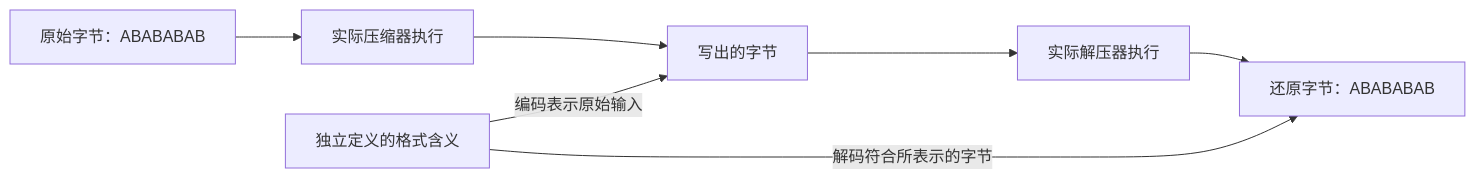
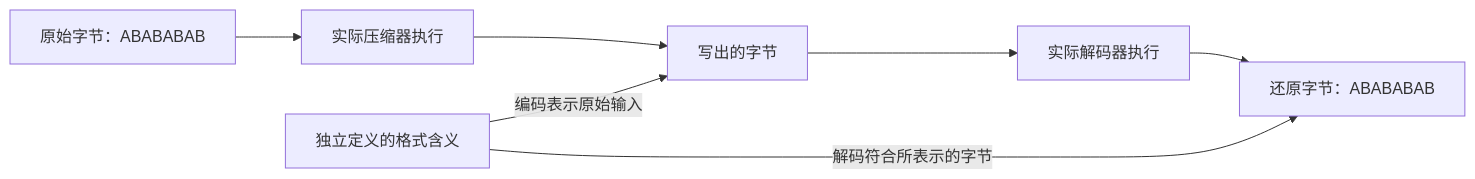
One commit to cla7aye15I4nd/oss-proof changed the second of 2 diagrams in docs/guide/round-trip.zh.md. Above: the diagram before and after it, drawn with Mermaid. The commit also changed other lines of this file and 6 other files, not shown here.

````diff
--- a/docs/guide/round-trip.zh.md
+++ b/docs/guide/round-trip.zh.md
@@ -132,9 +132,9 @@
 ```mermaid
 flowchart LR
     original["原始字节：ABABABAB"] --> compressor["实际压缩器执行"]
     compressor --> encoded["写出的字节"]
-    encoded --> decoder["实际解压器执行"]
+    encoded --> decoder["实际解码器执行"]
     decoder --> recovered["还原字节：ABABABAB"]
     format["独立定义的格式含义"] -->|"编码表示原始输入"| encoded
     format -->|"解码符合所表示的字节"| recovered
 ```
````
